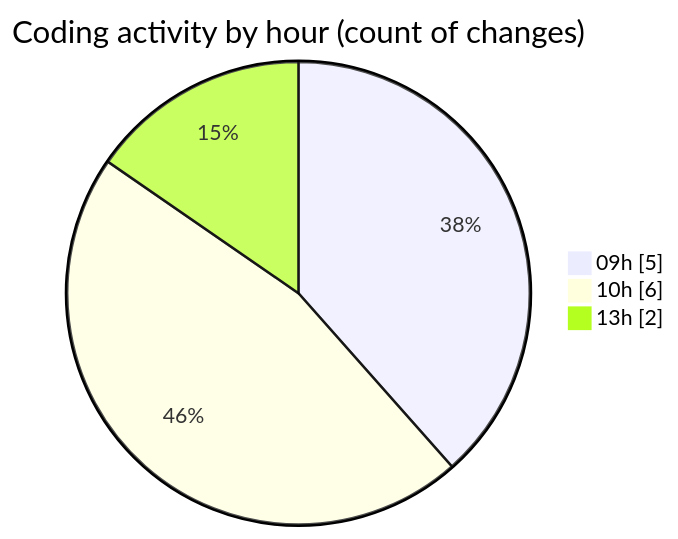
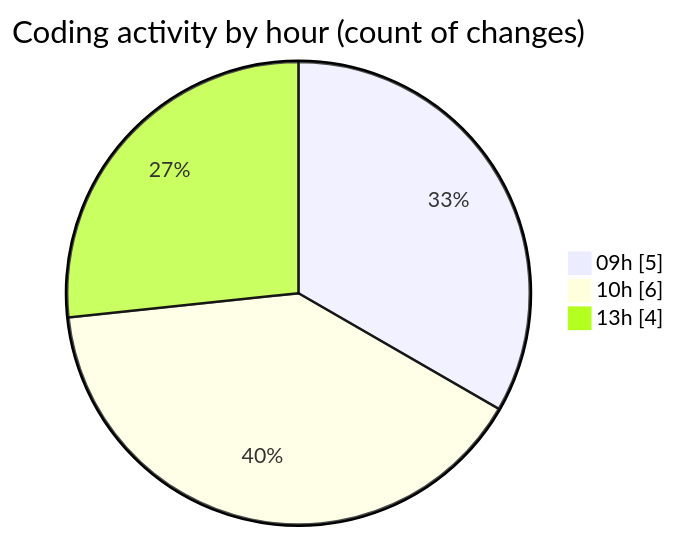
The second of 2 diagrams in 2025-09-03/cda/README.md (momahboobian/code-tracking), drawn with Mermaid before and after one commit. The commit also changed other lines of this file and 1 other file, not shown here.

````diff
--- a/2025-09-03/cda/README.md
+++ b/2025-09-03/cda/README.md
@@ -42,7 +43,7 @@
 ```mermaid
 pie showData
 title Coding activity by hour (count of changes)
 "09h" : 5
 "10h" : 6
-"13h" : 2
+"13h" : 4
 ```
````
